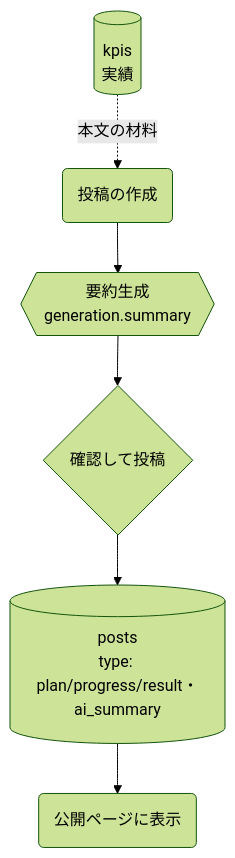
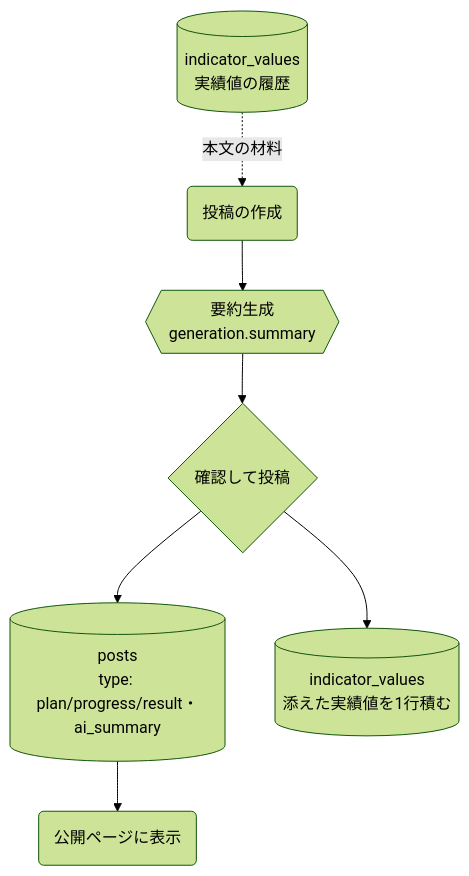
Before and after one commit to halcyon19451225/govlink-ai: the second of 2 diagrams in app/src/content/manual/post.md, drawn with Mermaid (forest theme). The commit also changed other lines of this file and 28 other files, not shown here.

````diff
--- a/app/src/content/manual/post.md
+++ b/app/src/content/manual/post.md
@@ -33,7 +33,8 @@
 ```mermaid
 flowchart TD
-  KR[(kpis<br/>実績)] -.本文の材料.-> ED(投稿の作成)
+  KR[(indicator_values<br/>実績値の履歴)] -.本文の材料.-> ED(投稿の作成)
   ED --> AI{{要約生成<br/>generation.summary}} --> H{確認して投稿}
   H --> T[(posts<br/>type: plan/progress/result・ai_summary)]
   T --> PUB(公開ページに表示)
+  H --> V[(indicator_values<br/>添えた実績値を1行積む)]
 ```
````
